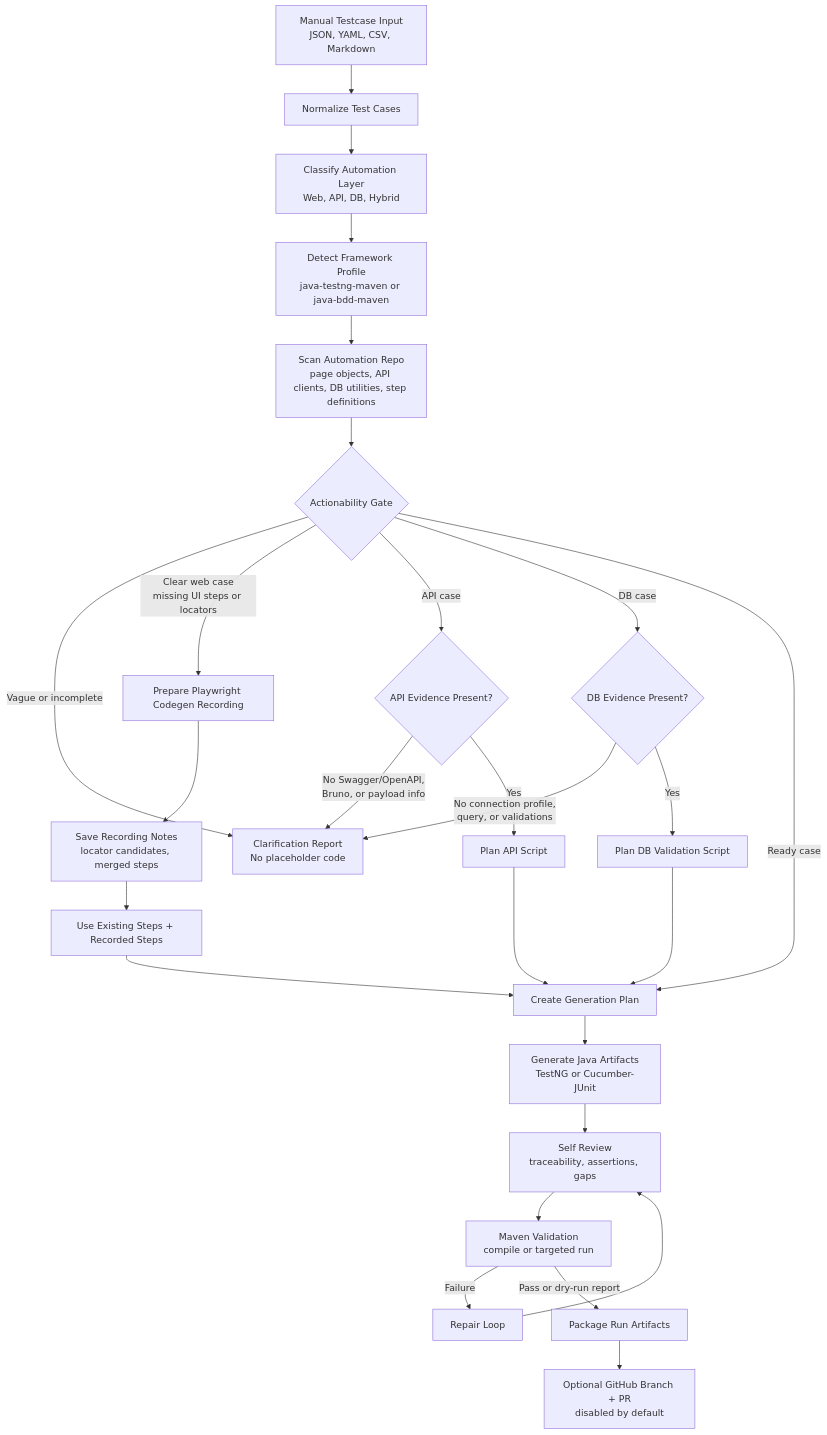
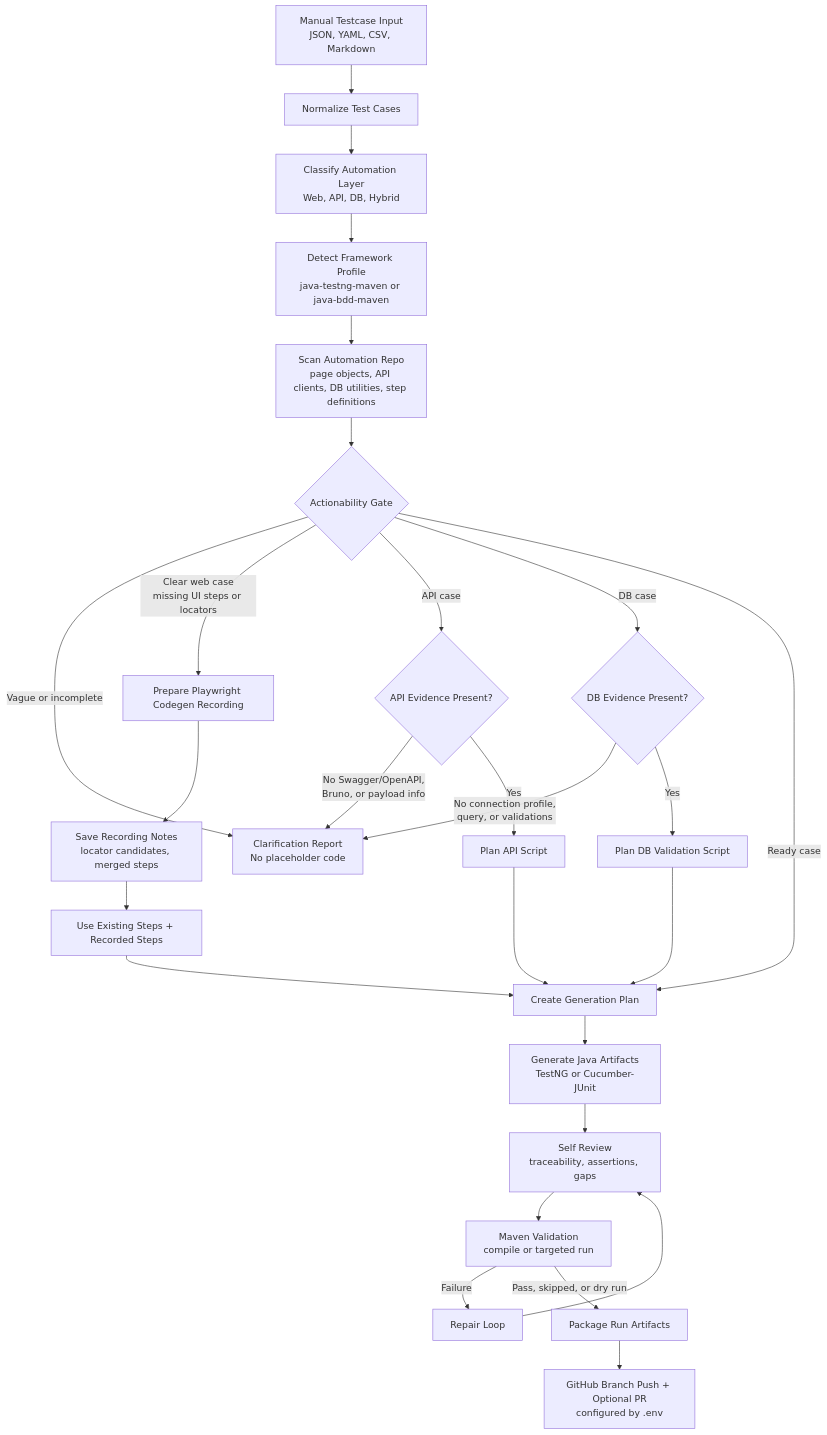
The first of 2 diagrams in README.md (chetangpande-ai/DeepAgents-Project1), drawn with Mermaid before and after one commit. The commit also changed other lines of this file and 10 other files, not shown here.

Commit message:
Publish generated scripts to configured GitHub repo

````diff
--- a/README.md
+++ b/README.md
@@ -17,35 +18,35 @@
 ```mermaid
 flowchart TD
     A[Manual Testcase Input<br/>JSON, YAML, CSV, Markdown] --> B[Normalize Test Cases]
     B --> C[Classify Automation Layer<br/>Web, API, DB, Hybrid]
     C --> D[Detect Framework Profile<br/>java-testng-maven or java-bdd-maven]
     D --> E[Scan Automation Repo<br/>page objects, API clients, DB utilities, step definitions]
     E --> F{Actionability Gate}
 
     F -->|Vague or incomplete| G[Clarification Report<br/>No placeholder code]
 
     F -->|Clear web case<br/>missing UI steps or locators| H[Prepare Playwright Codegen Recording]
     H --> I[Save Recording Notes<br/>locator candidates, merged steps]
     I --> J[Use Existing Steps + Recorded Steps]
 
     F -->|API case| K{API Evidence Present?}
     K -->|No Swagger/OpenAPI,<br/>Bruno, or payload info| G
     K -->|Yes| L[Plan API Script]
 
     F -->|DB case| M{DB Evidence Present?}
     M -->|No connection profile,<br/>query, or validations| G
     M -->|Yes| N[Plan DB Validation Script]
 
     F -->|Ready case| O[Create Generation Plan]
     J --> O
     L --> O
     N --> O
 
     O --> P[Generate Java Artifacts<br/>TestNG or Cucumber-JUnit]
     P --> Q[Self Review<br/>traceability, assertions, gaps]
     Q --> R[Maven Validation<br/>compile or targeted run]
     R -->|Failure| S[Repair Loop]
     S --> Q
-    R -->|Pass or dry-run report| T[Package Run Artifacts]
-    T --> U[Optional GitHub Branch + PR<br/>disabled by default]
+    R -->|Pass, skipped, or dry run| T[Package Run Artifacts]
+    T --> U[GitHub Branch Push + Optional PR<br/>configured by .env]
 ```
````
